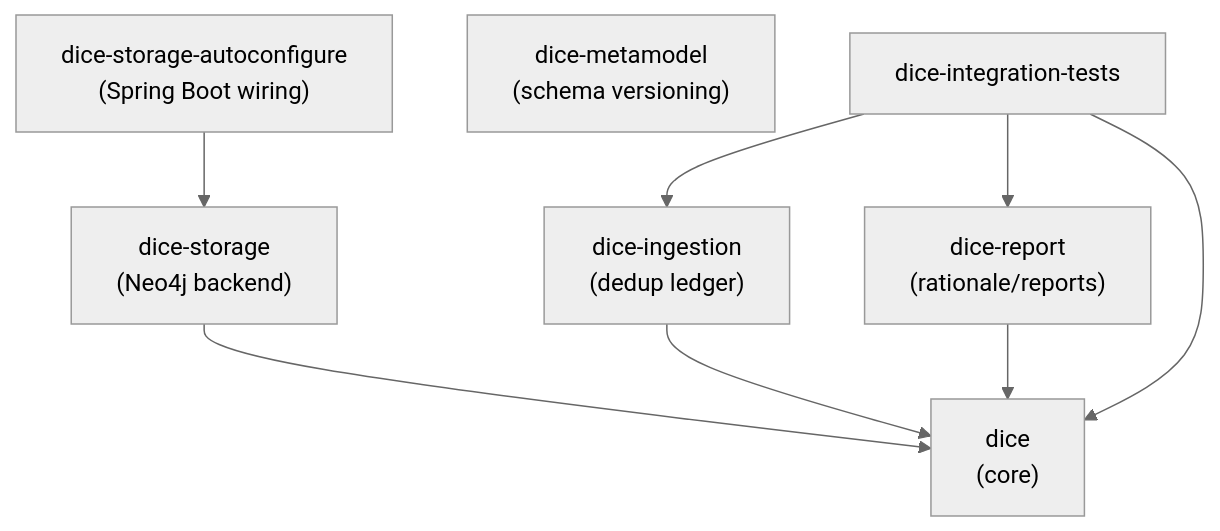
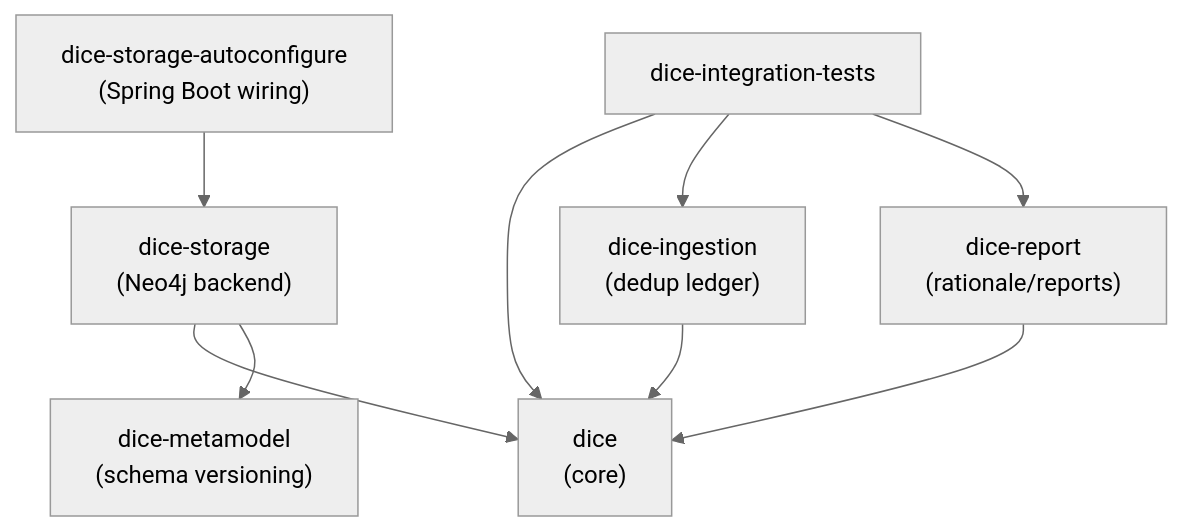
One commit to embabel/dice changed the first of 6 diagrams in docs/design/architecture.md. Above: the diagram before and after it, drawn with Mermaid (neutral theme). The commit also changed other lines of this file and 14 other files, not shown here.

First line of the commit message:
feat(dice-storage): Drivine-backed MetamodelVersionStore

````diff
--- a/docs/design/architecture.md
+++ b/docs/design/architecture.md
@@ -22,18 +22,19 @@
 ```mermaid
 flowchart TB
     dice["dice<br/>(core)"]
     storage["dice-storage<br/>(Neo4j backend)"]
     autoconf["dice-storage-autoconfigure<br/>(Spring Boot wiring)"]
     ingestion["dice-ingestion<br/>(dedup ledger)"]
     report["dice-report<br/>(rationale/reports)"]
     metamodel["dice-metamodel<br/>(schema versioning)"]
     itest["dice-integration-tests"]
 
     storage --> dice
+    storage --> metamodel
     autoconf --> storage
     ingestion --> dice
     report --> dice
     itest --> dice
     itest --> ingestion
     itest --> report
 ```
````
